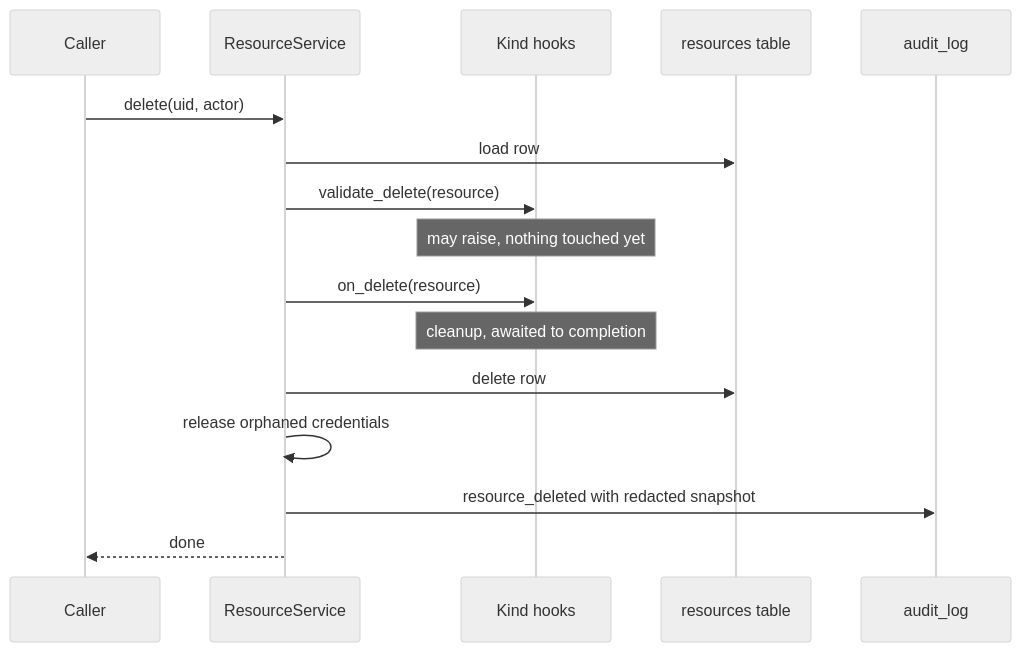
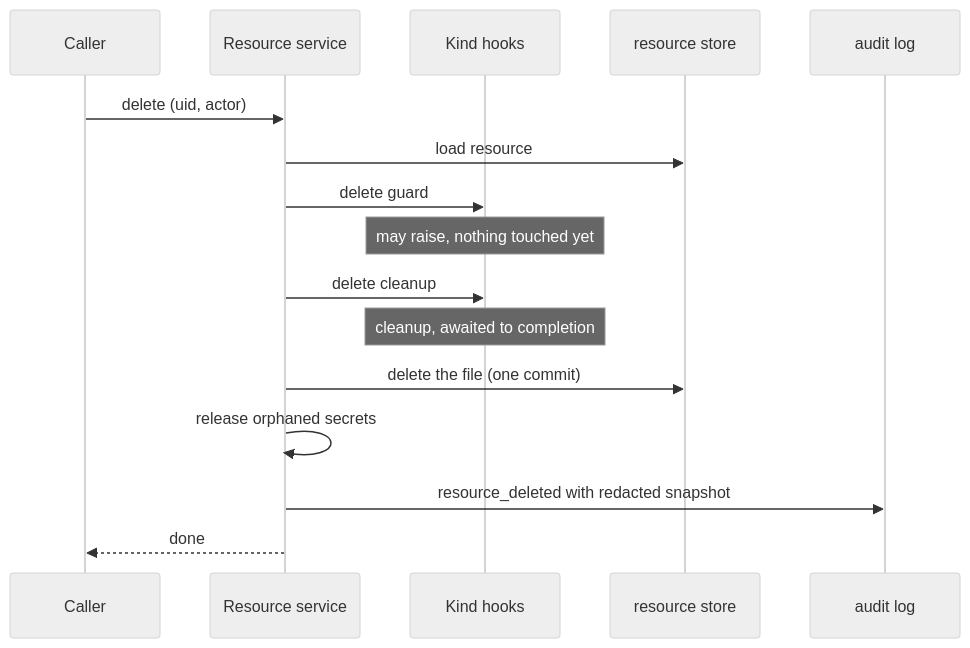
Before and after one commit to wyx-sg/Coffer: the diagram in docs-site/architecture/resource-framework.md, drawn with Mermaid (neutral theme). The commit also changed other lines of this file and 4384 other files, not shown here.

````diff
--- a/docs-site/architecture/resource-framework.md
+++ b/docs-site/architecture/resource-framework.md
@@ -129,18 +129,18 @@
 ```mermaid
 sequenceDiagram
   participant C as Caller
-  participant S as ResourceService
+  participant S as Resource service
   participant K as Kind hooks
-  participant R as resources table
-  participant A as audit_log
-  C->>S: delete(uid, actor)
-  S->>R: load row
-  S->>K: validate_delete(resource)
+  participant R as resource store
+  participant A as audit log
+  C->>S: delete (uid, actor)
+  S->>R: load resource
+  S->>K: delete guard
   Note over K: may raise, nothing touched yet
-  S->>K: on_delete(resource)
+  S->>K: delete cleanup
   Note over K: cleanup, awaited to completion
-  S->>R: delete row
-  S->>S: release orphaned credentials
+  S->>R: delete the file (one commit)
+  S->>S: release orphaned secrets
   S->>A: resource_deleted with redacted snapshot
   S-->>C: done
 ```
````
